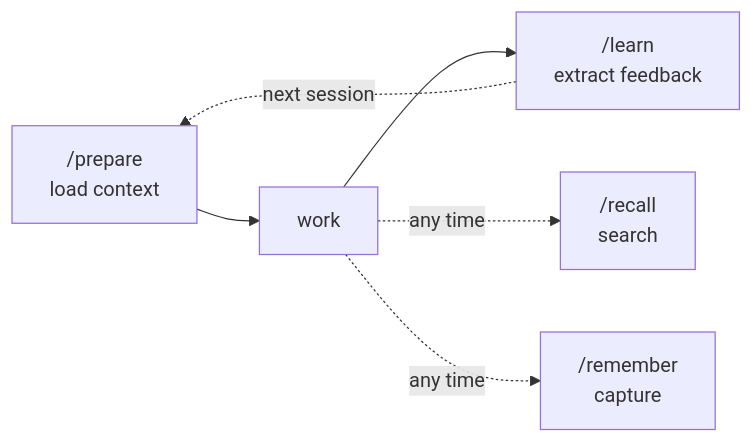
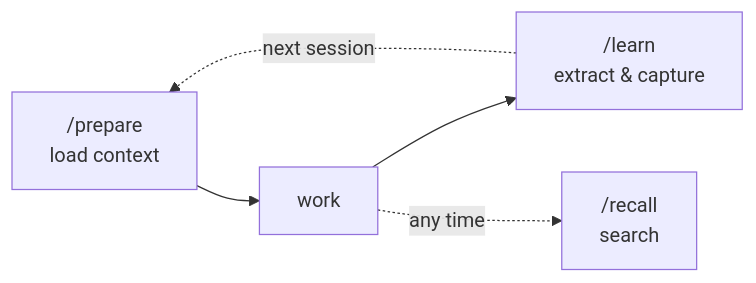
Before and after one commit to toejough/engram: the first of 6 diagrams in README.md, drawn with Mermaid. The commit also changed other lines of this file and 10 other files, not shown here.

````diff
--- a/README.md
+++ b/README.md
@@ -37,8 +37,7 @@
 ```mermaid
 flowchart LR
     prepare["/prepare<br/>load context"] --> work[work]
-    work --> learn["/learn<br/>extract feedback"]
+    work --> learn["/learn<br/>extract & capture"]
     learn -. next session .-> prepare
     work -. any time .-> recall["/recall<br/>search"]
-    work -. any time .-> remember["/remember<br/>capture"]
 ```
````
